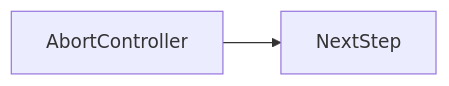
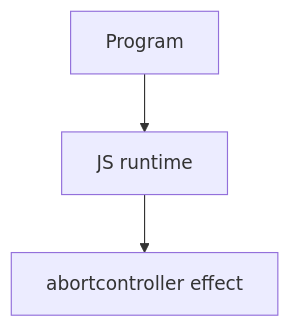
Before and after one commit to OmidJavaherii/Frontend-Engineering-Handbook: the second of 2 diagrams in docs/en/06-javascript/abortcontroller/index.md, drawn with Mermaid. The commit also changed other lines of this file and 461 other files, not shown here.

````diff
--- a/docs/en/06-javascript/abortcontroller/index.md
+++ b/docs/en/06-javascript/abortcontroller/index.md
@@ -96,4 +112,5 @@
 ```mermaid
-flowchart LR
-  concept[AbortController] --> nextStep[NextStep]
+flowchart TD
+  Code[Program] --> Runtime[JS runtime]
+  Runtime --> Effect[abortcontroller effect]
 ```
````
